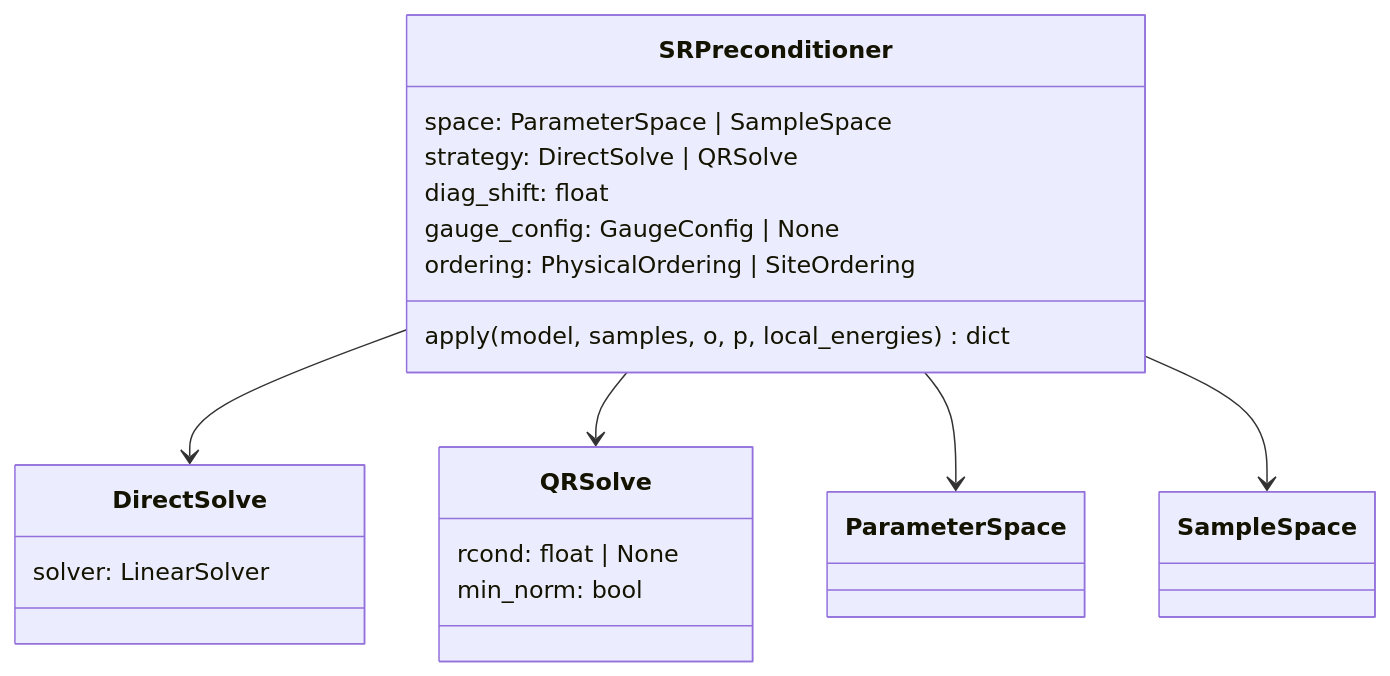
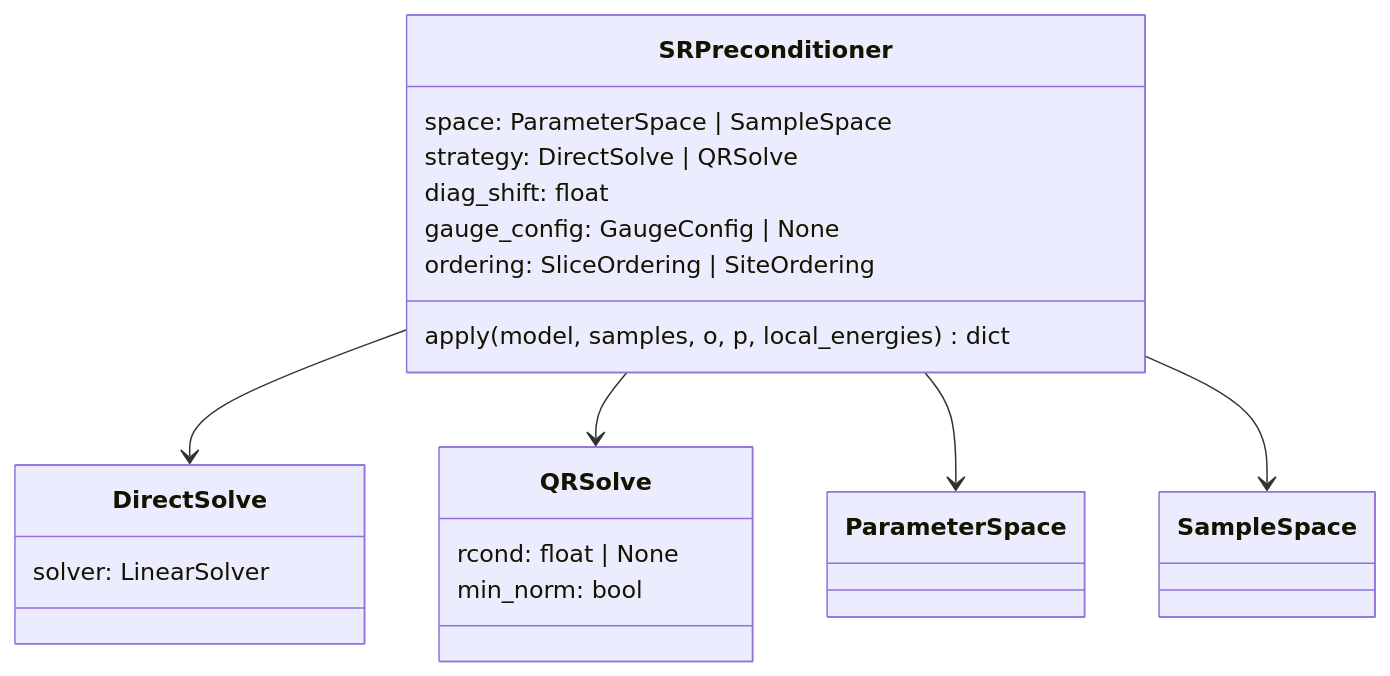
One commit to fliingelephant/VMC changed the second of 4 diagrams in DESIGN.md. Above: the diagram before and after it, drawn with Mermaid. The commit also changed other lines of this file and 20 other files, not shown here.

````diff
--- a/DESIGN.md
+++ b/DESIGN.md
@@ -112,24 +112,24 @@
 ```mermaid
 classDiagram
     class DirectSolve {
         solver: LinearSolver
     }
     class QRSolve {
         rcond: float | None
         min_norm: bool
     }
 
     class SRPreconditioner {
         space: ParameterSpace | SampleSpace
         strategy: DirectSolve | QRSolve
         diag_shift: float
         gauge_config: GaugeConfig | None
-        ordering: PhysicalOrdering | SiteOrdering
+        ordering: SliceOrdering | SiteOrdering
         apply(model, samples, o, p, local_energies) dict
     }
 
     SRPreconditioner --> DirectSolve
     SRPreconditioner --> QRSolve
     SRPreconditioner --> ParameterSpace
     SRPreconditioner --> SampleSpace
 ```
````
